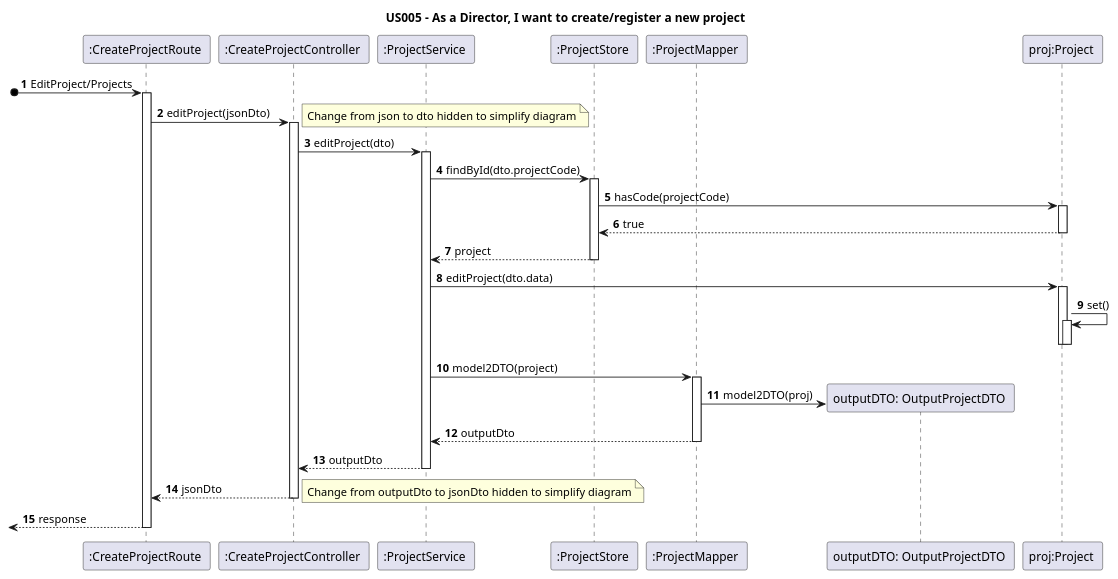
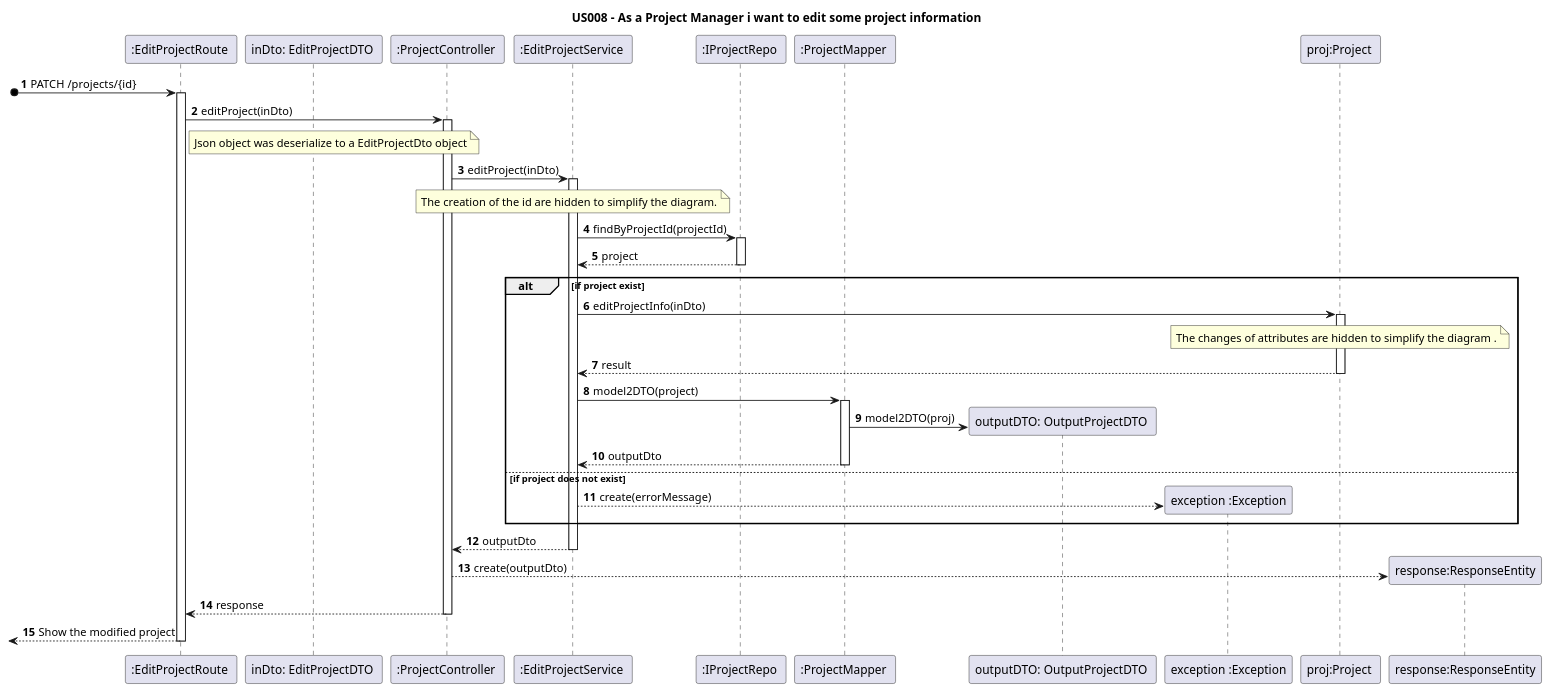
The diagram in docs/Sprint1/US008/US008-SD.puml (nunogon1211787/projectManagement), drawn with PlantUML before and after one commit. The commit also changed 28 other files, not shown here.

Commit message:
US004: Reengineering: update code to implement DDD, Onion Architecture, REST and Spring-Boot. resolve #203, resolve #204, resolve #205

```diff
--- a/docs/Sprint1/US008/US008-SD.puml
+++ b/docs/Sprint1/US008/US008-SD.puml
@@ -1,58 +1,63 @@
 @startuml
 'https://plantuml.com/class-diagram
 
-title US005 - As a Director, I want to create/register a new project
+title US008 - As a Project Manager i want to edit some project information
 
 autoactivate on
 autonumber
 
 
-participant ":CreateProjectRoute " as route
-participant ":CreateProjectController " as controller
-participant ":ProjectService " as service
-participant ":ProjectStore " as store
+participant ":EditProjectRoute " as route
+participant "inDto: EditProjectDTO " as inDto
+participant ":ProjectController " as controller
+participant ":EditProjectService " as service
+participant ":IProjectRepo " as store
 participant ":ProjectMapper " as mapper
 participant "outputDTO: OutputProjectDTO " as dto
+participant "exception :Exception" as exc
 participant "proj:Project " as project
+participant "response:ResponseEntity" as json
 
 
-[o->  route: EditProject/Projects
-route -> controller: editProject(jsonDto)
+[o->  route: PATCH /projects/{id}
+route -> controller: editProject(inDto)
 
-note right
-Change from json to dto hidden to simplify diagram
-end note
+note right route: Json object was deserialize to a EditProjectDto object
 
-controller -> service: editProject(dto)
+controller -> service: editProject(inDto)
 
-service -> store: findById(dto.projectCode)
+note over service : The creation of the id are hidden to simplify the diagram.
 
-store -> project: hasCode(projectCode)
-
-project --> store: true
+service -> store: findByProjectId(projectId)
 
 store --> service: project
 
-service -> project: editProject(dto.data)
+alt if project exist
 
-project -> project: set()
-deactivate project
-deactivate project
+service -> project: editProjectInfo(inDto)
+
+note over project : The changes of attributes are hidden to simplify the diagram .
+
+project --> service : result
 
 service -> mapper: model2DTO(project)
 
 mapper -> dto**: model2DTO(proj)
 
 mapper --> service: outputDto
 
+else if project does not exist
+service --> exc** : create(errorMessage)
+
+end
+
 service --> controller: outputDto
 
-controller --> route: jsonDto
+controller --> json**: create(outputDto)
 
-note right
-Change from outputDto to jsonDto hidden to simplify diagram
-end note
+controller --> route: response
 
-[<-- route: response
+
+[<-- route: Show the modified project
 
 @enduml
```
